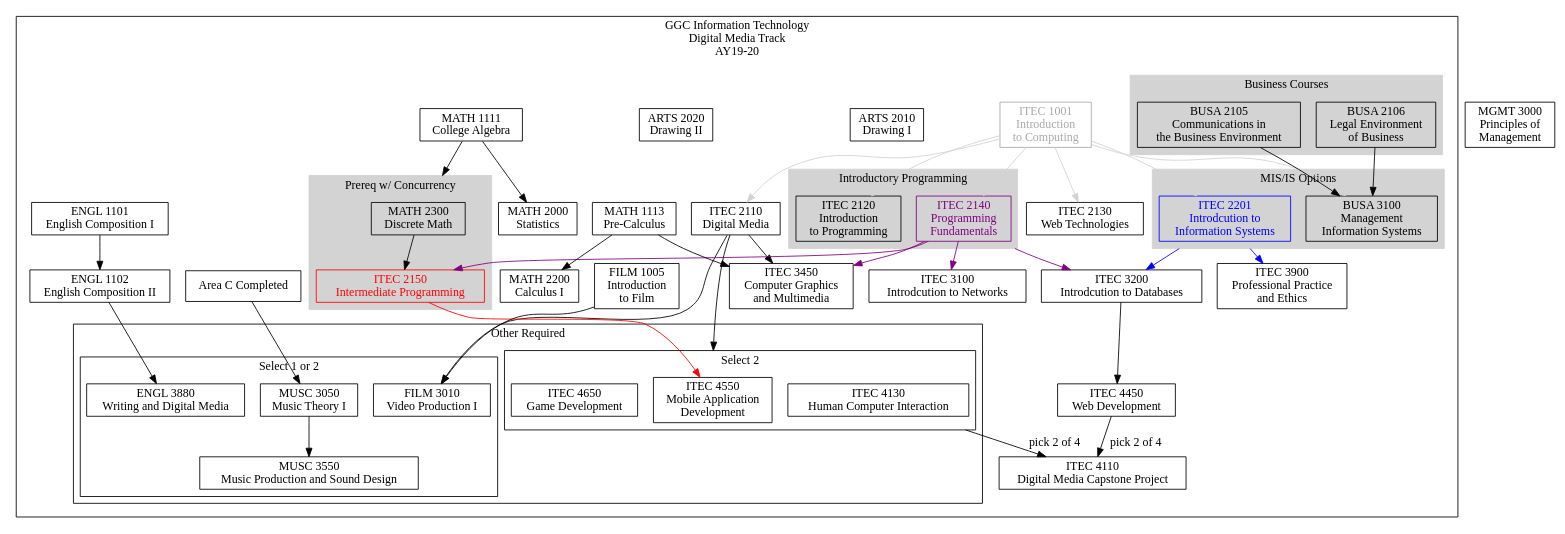
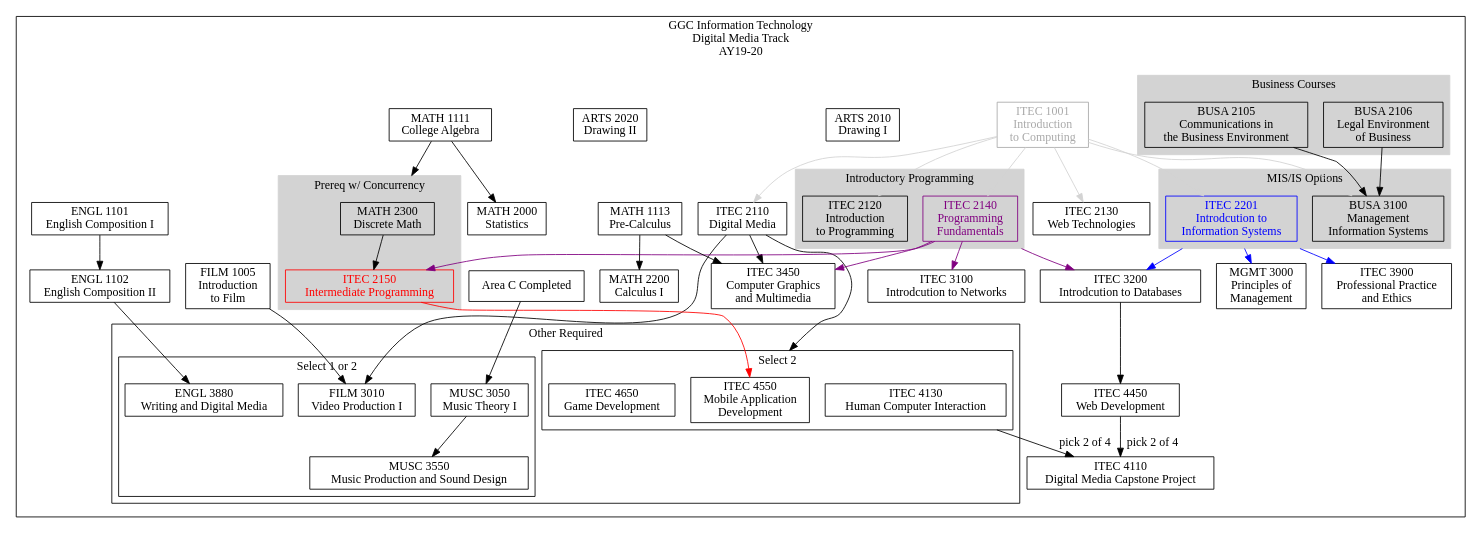
The diagram in AY19-20/DigitalMedia.dot (rjlutz/itec-plans), drawn with Graphviz before and after one commit. The commit also changed 7 other files, not shown here.

```diff
--- a/AY19-20/DigitalMedia.dot
+++ b/AY19-20/DigitalMedia.dot
@@ -1,149 +1,150 @@
 digraph G {
 
     node [shape = record, fontname="Sans serif" fontsize="14"];
     compound = true //  needed to link clusters and nodes
     splines = true
     ranksep=0.1
 
     // All
     itec1001[label = "ITEC 1001\nIntroduction \nto Computing" color=darkgray fontcolor=darkgray]
     itec2110[label = "ITEC 2110\nDigital Media"]
     itec2120[label = "ITEC 2120\nIntroduction\nto Programming"]
     itec2130[label = "ITEC 2130\nWeb Technologies"]
     itec2140[label = "ITEC 2140\nProgramming \nFundamentals" color=purple fontcolor=purple]
     itec2150[label = "ITEC 2150\nIntermediate Programming" color=red fontcolor=red]
     itec2201[label = "ITEC 2201\nIntrodcution to\nInformation Systems" color=blue fontcolor=blue]
     itec3100[label = "ITEC 3100\nIntrodcution to Networks"]
     itec3200[label = "ITEC 3200\nIntrodcution to Databases"]
     itec3900[label = "ITEC 3900\nProfessional Practice\nand Ethics"]
     busa2105[label = "BUSA 2105\nCommunications in\nthe Business Environment"]
     busa2106[label = "BUSA 2106\nLegal Environment\nof Business"]
     busa3100[label = "BUSA 3100\nManagement \nInformation Systems"]
     math1113[label = "MATH 1113\nPre-Calculus"]
     math2300[label = "MATH 2300\nDiscrete Math"]
     math2000[label = "MATH 2000\nStatistics"]
     math2200[label = "MATH 2200\nCalculus I"]
     mgmt3000[label = "MGMT 3000\nPrinciples of\nManagement"]
 
     // Digital Media
     itec3450[label = "ITEC 3450\nComputer Graphics\nand Multimedia"]
     itec4110[label = "ITEC 4110\nDigital Media Capstone Project"]
     itec4130[label = "ITEC 4130\nHuman Computer Interaction"]
     itec4450[label = "ITEC 4450\nWeb Development"]
     itec4550[label = "ITEC 4550\nMobile Application\nDevelopment"]
     itec4650[label = "ITEC 4650\nGame Development"]
     areaC[label = "Area C Completed"]
     arts2010[label = "ARTS 2010\nDrawing I"]
     arts2020[label = "ARTS 2020\nDrawing II"]
     math1111[label = "MATH 1111\nCollege Algebra"]
     engl1101[label = "ENGL 1101\nEnglish Composition I"]
     engl1102[label = "ENGL 1102\nEnglish Composition II"]
     engl3880[label = "ENGL 3880\nWriting and Digital Media"]
     film1005[label = "FILM 1005\nIntroduction\nto Film"] 
     film3010[label = "FILM 3010\nVideo Production I"]
     musc3050[label = "MUSC 3050\nMusic Theory I"]
     musc3550[label = "MUSC 3550\nMusic Production and Sound Design"]
     
 
     subgraph clusterdm {
         label="GGC Information Technology\nDigital Media Track\nAY19-20"
 
         subgraph clusterrequired {
             label=""
             node [style=filled];
             style=filled;
 
             color="#FFFFFF";
             
             engl1101 -> engl1102 -> engl3880
             film1005 -> film3010
             itec2110 -> film3010
             areaC -> musc3050
 
             itec1001 -> itec2110 [color=lightgray]
             itec1001 -> itec2120 [color=lightgray]
             itec1001 -> itec2130 [color=lightgray]
             itec1001 -> itec2201 [color=lightgray]
             itec1001 -> busa3100 [color=lightgray]
 
             busa2106 -> busa3100
             busa2105 -> busa3100
             itec1001 -> itec2140 [color=lightgray]
             itec2140 -> itec2150 [color=purple]
 
             itec2140 -> itec3100 [color=purple]
             itec2201 -> itec3200 [color=blue ltail=cluster22013100];
             itec2140 -> itec3200 [ltail=cluster21202140 color=purple]
 
             itec2140 -> itec3450 [color=purple]
 
             itec2201 -> itec3900 [ltail=cluster22013100 color=blue]
+            itec2201 -> mgmt3000 [ltail=cluster22013100 color=blue]
 
             math1113 -> math2200
             math1111 -> math2000
             math1111 -> math2300 [lhead=clusterdiscrete]
             itec3200 -> itec4450
 
             math1113 -> itec3450
             itec2110 -> itec3450
             itec2110 -> itec4550 [lhead=clusteritecopt1]
             itec2150 -> itec4550 [color=red]
             
             itec4450 -> itec4110 [label="pick 2 of 4"]
             itec4130 -> itec4110 [ltail=clusteritecopt1 label="pick 2 of 4"]
 
             arts2020
             arts2010
 
             subgraph cluster21202140 {
                 label = "Introductory Programming";
                 color=lightgrey;
                 itec2120
                 itec2140
             }
             subgraph cluster22013100 {
                 label = "MIS/IS Options";
                 color=lightgrey;
                 itec2201
                 busa3100
             }
             subgraph cluster21052106 {
                 label = "Business Courses"
                 color=lightgrey;
                 busa2105
                 busa2106
             }
             
             subgraph clusterdiscrete {
                 label = "Prereq w/ Concurrency";
                 node [style=filled];
                 style=filled;
                 color=lightgrey;
                 math2300 -> itec2150
             }
 
             subgraph clusterotherrequired {
                 label = "Other Required"
                 node [style=filled];
                 style=filled;
                 graph[style=solid]
                 color=black;
                 // {rank=same; "engl3880"; "itec4650"}
 
                 subgraph clusteritecopt1 {
                     label = "Select 2";
                     itec4130
                     itec4550
                     itec4650
                 }
 
                 subgraph clusteritecopt2 {
                     label = "Select 1 or 2";
                     engl3880
                     film3010
                     musc3050 -> musc3550
                 }                
             }
         }    
     }
 }
```
